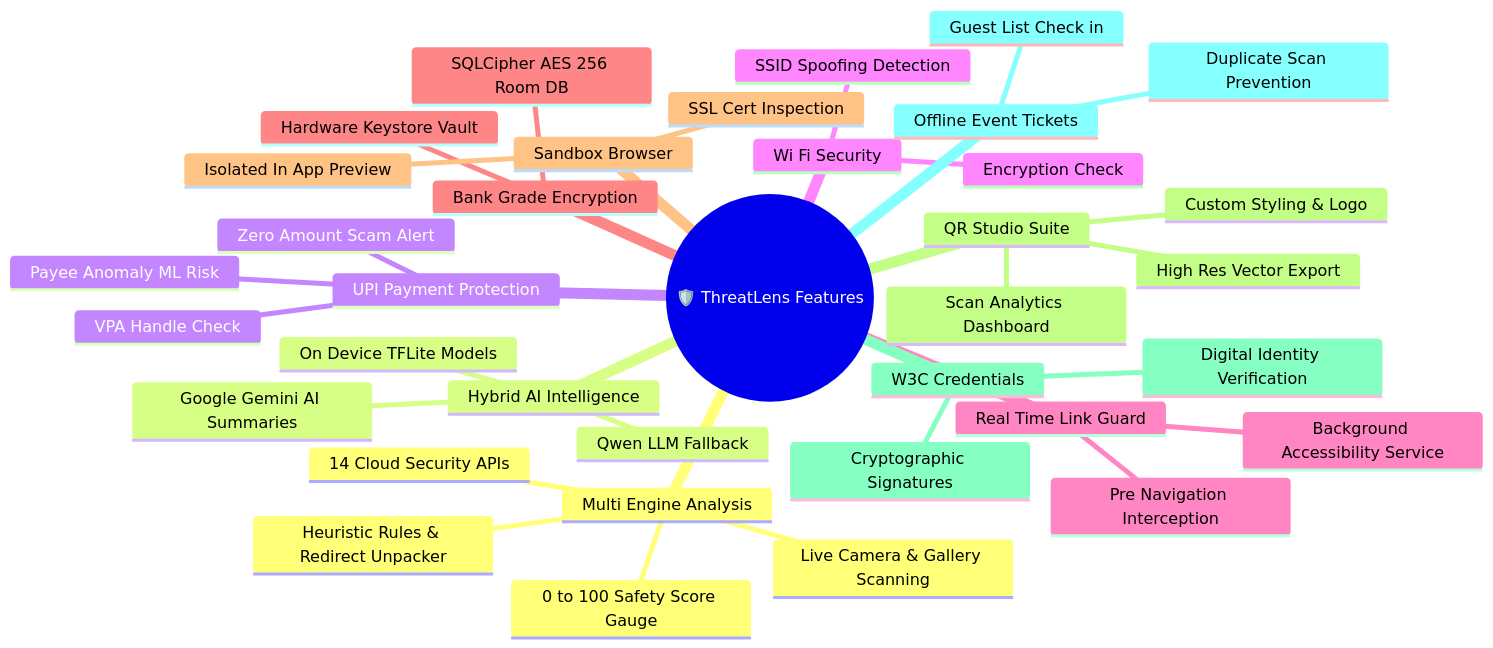
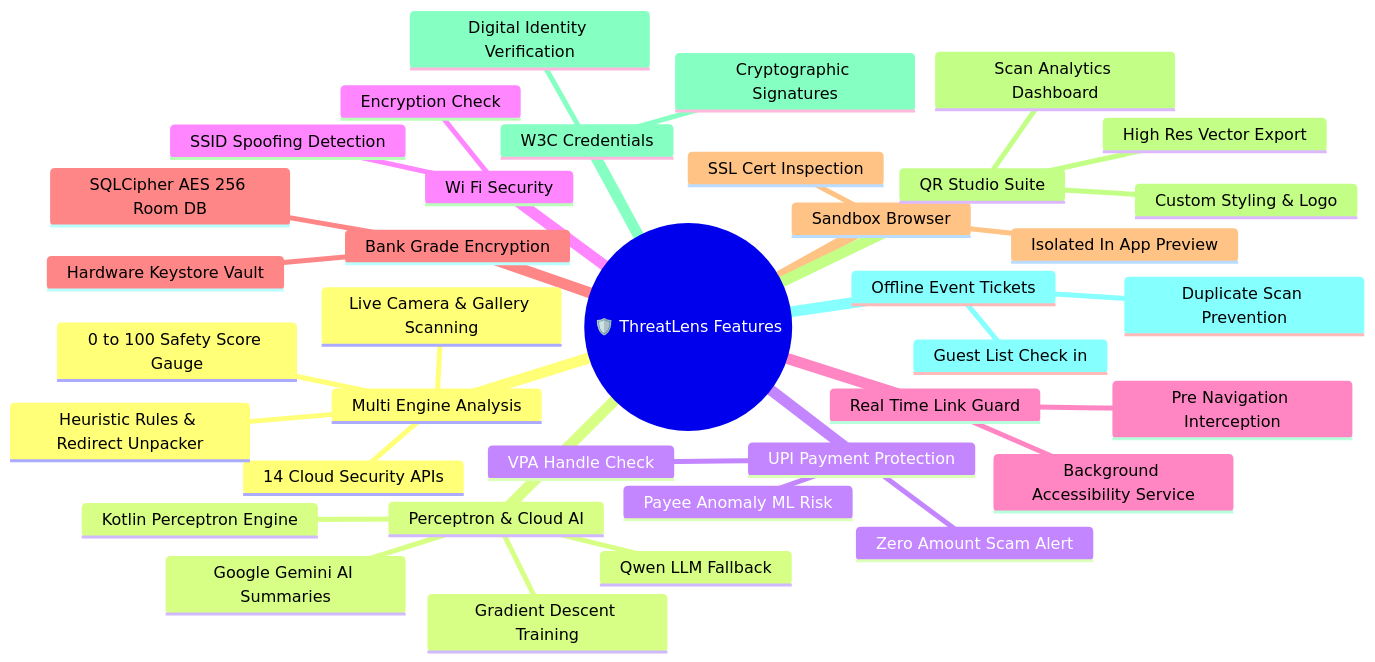
One commit to Satya0810/ThreatLens changed the second of 2 diagrams in PROJECT_STRUCTURE.md. Above: the diagram before and after it, drawn with Mermaid. The commit also changed other lines of this file and 1 other file, not shown here.

````diff
--- a/PROJECT_STRUCTURE.md
+++ b/PROJECT_STRUCTURE.md
@@ -605,39 +604,40 @@
 ```mermaid
 mindmap
   root((🛡️ ThreatLens Features))
     Multi Engine Analysis
       Live Camera & Gallery Scanning
       14 Cloud Security APIs
       Heuristic Rules & Redirect Unpacker
       0 to 100 Safety Score Gauge
-    Hybrid AI Intelligence
-      On Device TFLite Models
+    Perceptron & Cloud AI
+      Kotlin Perceptron Engine
+      Gradient Descent Training
       Google Gemini AI Summaries
       Qwen LLM Fallback
     UPI Payment Protection
       VPA Handle Check
       Zero Amount Scam Alert
       Payee Anomaly ML Risk
     Wi Fi Security
       Encryption Check
       SSID Spoofing Detection
     Real Time Link Guard
       Background Accessibility Service
       Pre Navigation Interception
     Bank Grade Encryption
       SQLCipher AES 256 Room DB
       Hardware Keystore Vault
     Sandbox Browser
       Isolated In App Preview
       SSL Cert Inspection
     QR Studio Suite
       Custom Styling & Logo
       Scan Analytics Dashboard
       High Res Vector Export
     W3C Credentials
       Cryptographic Signatures
       Digital Identity Verification
     Offline Event Tickets
       Guest List Check in
       Duplicate Scan Prevention
 ```
````
